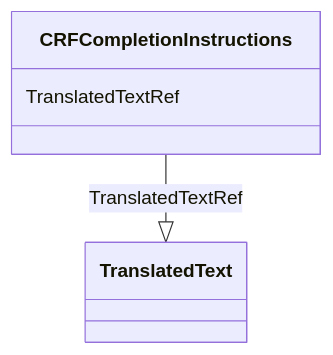
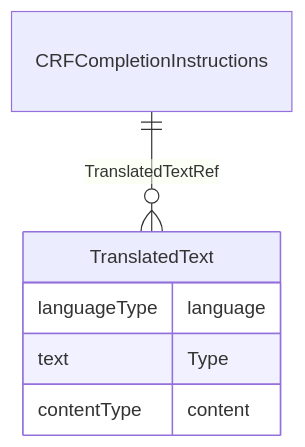
Before and after one commit to cdisc-org/DataExchange-ODM-LinkML: the diagram in docs/CRFCompletionInstructions.md, drawn with Mermaid. The commit also changed other lines of this file and 181 other files, not shown here.

Commit message:
ER diagrams working via templates and removing names with underscores

````diff
--- a/docs/CRFCompletionInstructions.md
+++ b/docs/CRFCompletionInstructions.md
@@ -14,9 +11,14 @@
 ```mermaid
- classDiagram
-    class CRFCompletionInstructions
-      CRFCompletionInstructions : TranslatedTextRef
-        
-          CRFCompletionInstructions --|> TranslatedText : TranslatedTextRef
-        
-      
+erDiagram
+CRFCompletionInstructions {
+
+}
+TranslatedText {
+    languageType language  
+    text Type  
+    contentType content  
+}
+
+CRFCompletionInstructions ||--}o TranslatedText : "TranslatedTextRef"
+
 ```
````
